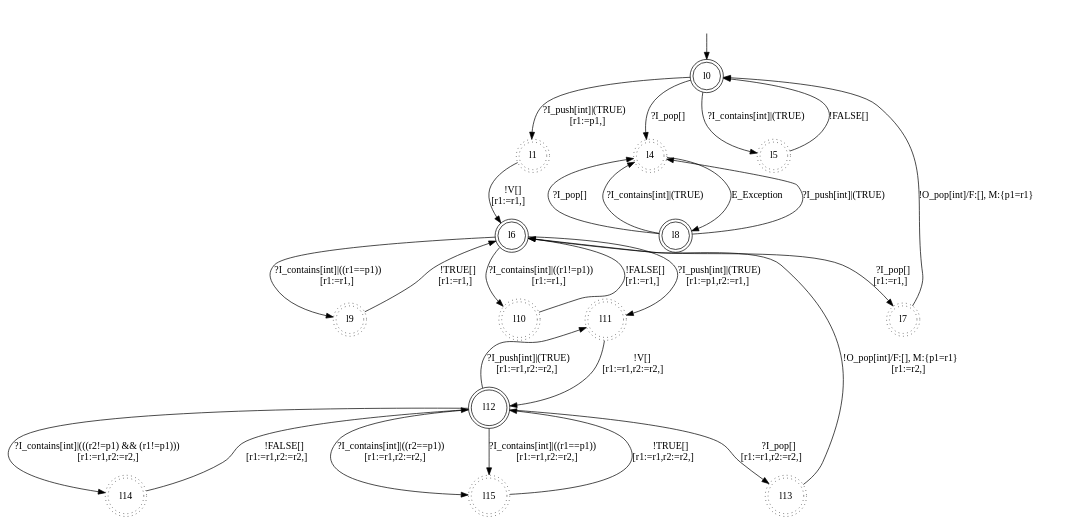
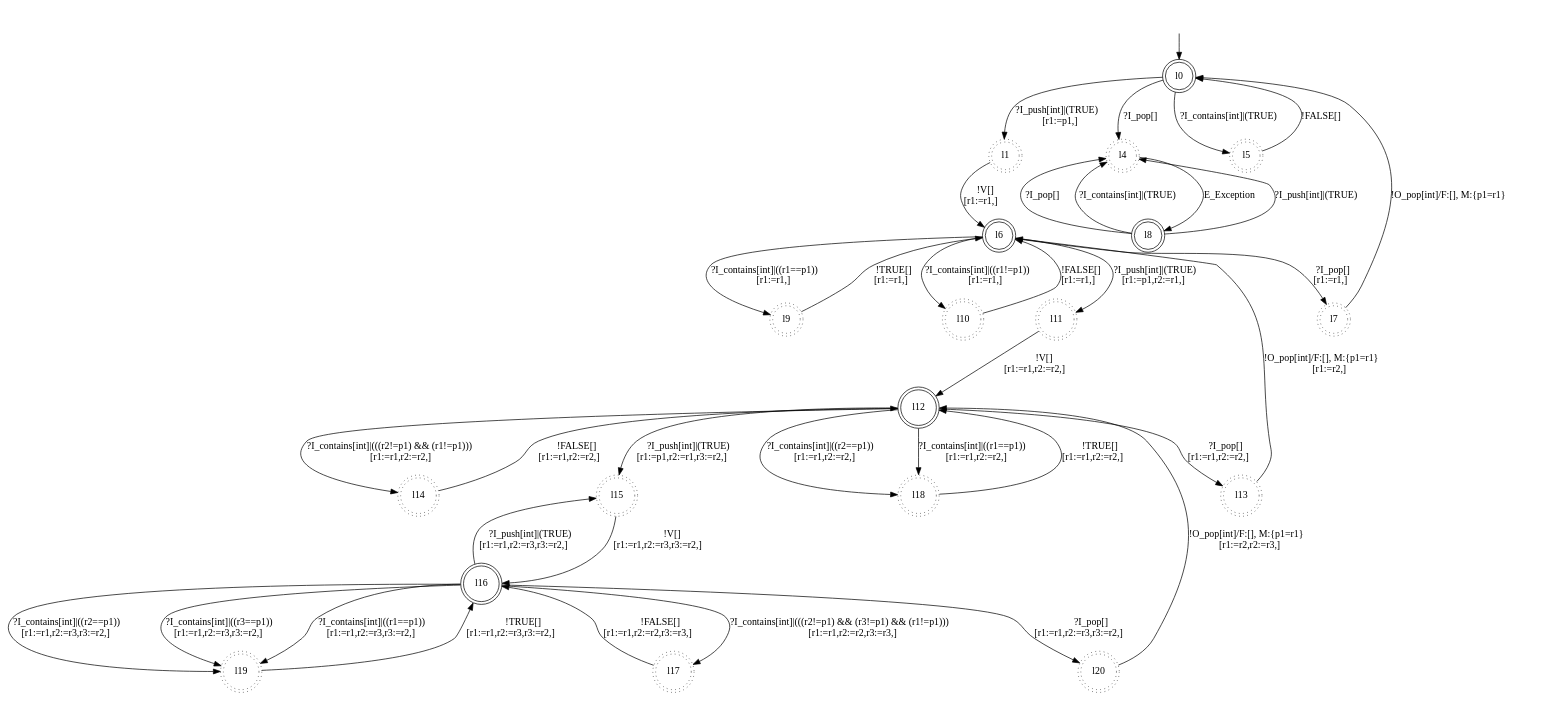
One commit to sandipghosal/CoGent changed the diagram in input/model.dot. Above: the diagram before and after it, drawn with Graphviz. The commit also changed 11 other files, not shown here.

```diff
--- a/input/model.dot
+++ b/input/model.dot
@@ -1,43 +1,58 @@
 digraph RA {
 "" [shape=none,label=<>]
 "l0" [shape=doublecircle ,style=solid]
 "l1" [shape=doublecircle ,style=dotted]
 "l4" [shape=doublecircle ,style=dotted]
 "l5" [shape=doublecircle ,style=dotted]
 "l6" [shape=doublecircle ,style=solid]
 "l7" [shape=doublecircle ,style=dotted]
 "l8" [shape=doublecircle ,style=solid]
 "l9" [shape=doublecircle ,style=dotted]
 "l10" [shape=doublecircle ,style=dotted]
 "l11" [shape=doublecircle ,style=dotted]
 "l12" [shape=doublecircle ,style=solid]
 "l13" [shape=doublecircle ,style=dotted]
 "l14" [shape=doublecircle ,style=dotted]
 "l15" [shape=doublecircle ,style=dotted]
+"l16" [shape=doublecircle ,style=solid]
+"l17" [shape=doublecircle ,style=dotted]
+"l18" [shape=doublecircle ,style=dotted]
+"l19" [shape=doublecircle ,style=dotted]
+"l20" [shape=doublecircle ,style=dotted]
 "" -> "l0"
 "l0" -> "l1" [label=<?I_push[int]|(TRUE)<BR />[r1:=p1,]>]
 "l0" -> "l4" [label=<?I_pop[]>]
 "l0" -> "l5" [label=<?I_contains[int]|(TRUE)>]
 "l1" -> "l6" [label=<!V[]<BR />[r1:=r1,]>]
 "l4" -> "l8" [label=<E_Exception>]
 "l5" -> "l0" [label=<!FALSE[]>]
 "l6" -> "l7" [label=<?I_pop[]<BR />[r1:=r1,]>]
 "l6" -> "l9" [label=<?I_contains[int]|((r1==p1))<BR />[r1:=r1,]>]
 "l6" -> "l10" [label=<?I_contains[int]|((r1!=p1))<BR />[r1:=r1,]>]
 "l6" -> "l11" [label=<?I_push[int]|(TRUE)<BR />[r1:=p1,r2:=r1,]>]
 "l7" -> "l0" [label=<!O_pop[int]/F:[], M:{p1=r1}>]
 "l8" -> "l4" [label=<?I_push[int]|(TRUE)>]
 "l8" -> "l4" [label=<?I_pop[]>]
 "l8" -> "l4" [label=<?I_contains[int]|(TRUE)>]
 "l9" -> "l6" [label=<!TRUE[]<BR />[r1:=r1,]>]
 "l10" -> "l6" [label=<!FALSE[]<BR />[r1:=r1,]>]
 "l11" -> "l12" [label=<!V[]<BR />[r1:=r1,r2:=r2,]>]
-"l12" -> "l11" [label=<?I_push[int]|(TRUE)<BR />[r1:=r1,r2:=r2,]>]
 "l12" -> "l13" [label=<?I_pop[]<BR />[r1:=r1,r2:=r2,]>]
 "l12" -> "l14" [label=<?I_contains[int]|(((r2!=p1) &amp;&amp; (r1!=p1)))<BR />[r1:=r1,r2:=r2,]>]
-"l12" -> "l15" [label=<?I_contains[int]|((r2==p1))<BR />[r1:=r1,r2:=r2,]>]
-"l12" -> "l15" [label=<?I_contains[int]|((r1==p1))<BR />[r1:=r1,r2:=r2,]>]
+"l12" -> "l18" [label=<?I_contains[int]|((r2==p1))<BR />[r1:=r1,r2:=r2,]>]
+"l12" -> "l18" [label=<?I_contains[int]|((r1==p1))<BR />[r1:=r1,r2:=r2,]>]
+"l12" -> "l15" [label=<?I_push[int]|(TRUE)<BR />[r1:=p1,r2:=r1,r3:=r2,]>]
 "l13" -> "l6" [label=<!O_pop[int]/F:[], M:{p1=r1}<BR />[r1:=r2,]>]
 "l14" -> "l12" [label=<!FALSE[]<BR />[r1:=r1,r2:=r2,]>]
-"l15" -> "l12" [label=<!TRUE[]<BR />[r1:=r1,r2:=r2,]>]
+"l15" -> "l16" [label=<!V[]<BR />[r1:=r1,r2:=r3,r3:=r2,]>]
+"l16" -> "l15" [label=<?I_push[int]|(TRUE)<BR />[r1:=r1,r2:=r3,r3:=r2,]>]
+"l16" -> "l17" [label=<?I_contains[int]|(((r2!=p1) &amp;&amp; (r3!=p1) &amp;&amp; (r1!=p1)))<BR />[r1:=r1,r2:=r2,r3:=r3,]>]
+"l16" -> "l19" [label=<?I_contains[int]|((r2==p1))<BR />[r1:=r1,r2:=r3,r3:=r2,]>]
+"l16" -> "l19" [label=<?I_contains[int]|((r3==p1))<BR />[r1:=r1,r2:=r3,r3:=r2,]>]
+"l16" -> "l19" [label=<?I_contains[int]|((r1==p1))<BR />[r1:=r1,r2:=r3,r3:=r2,]>]
+"l16" -> "l20" [label=<?I_pop[]<BR />[r1:=r1,r2:=r3,r3:=r2,]>]
+"l17" -> "l16" [label=<!FALSE[]<BR />[r1:=r1,r2:=r2,r3:=r3,]>]
+"l18" -> "l12" [label=<!TRUE[]<BR />[r1:=r1,r2:=r2,]>]
+"l19" -> "l16" [label=<!TRUE[]<BR />[r1:=r1,r2:=r3,r3:=r2,]>]
+"l20" -> "l12" [label=<!O_pop[int]/F:[], M:{p1=r1}<BR />[r1:=r2,r2:=r3,]>]
 }
```
